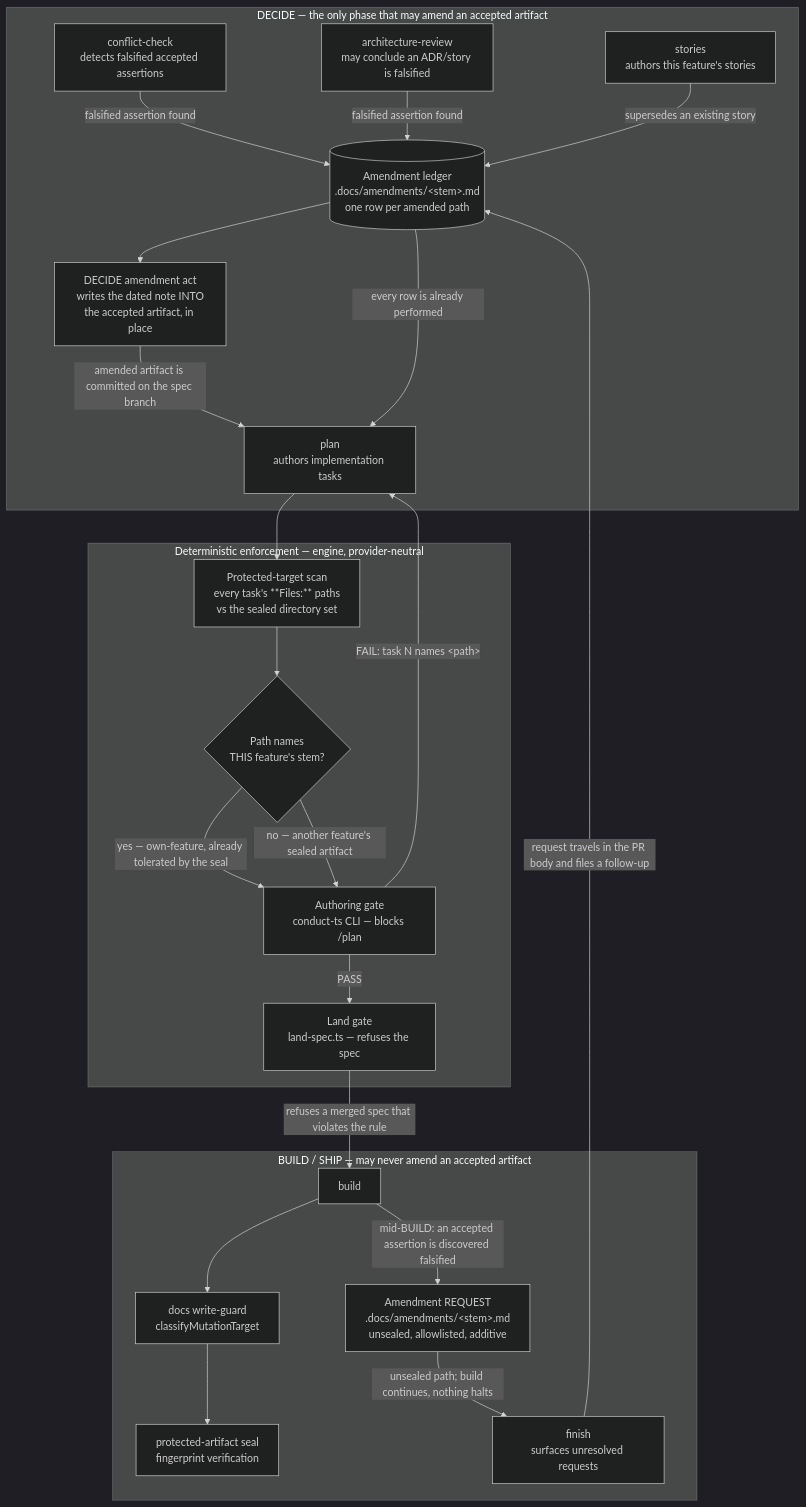
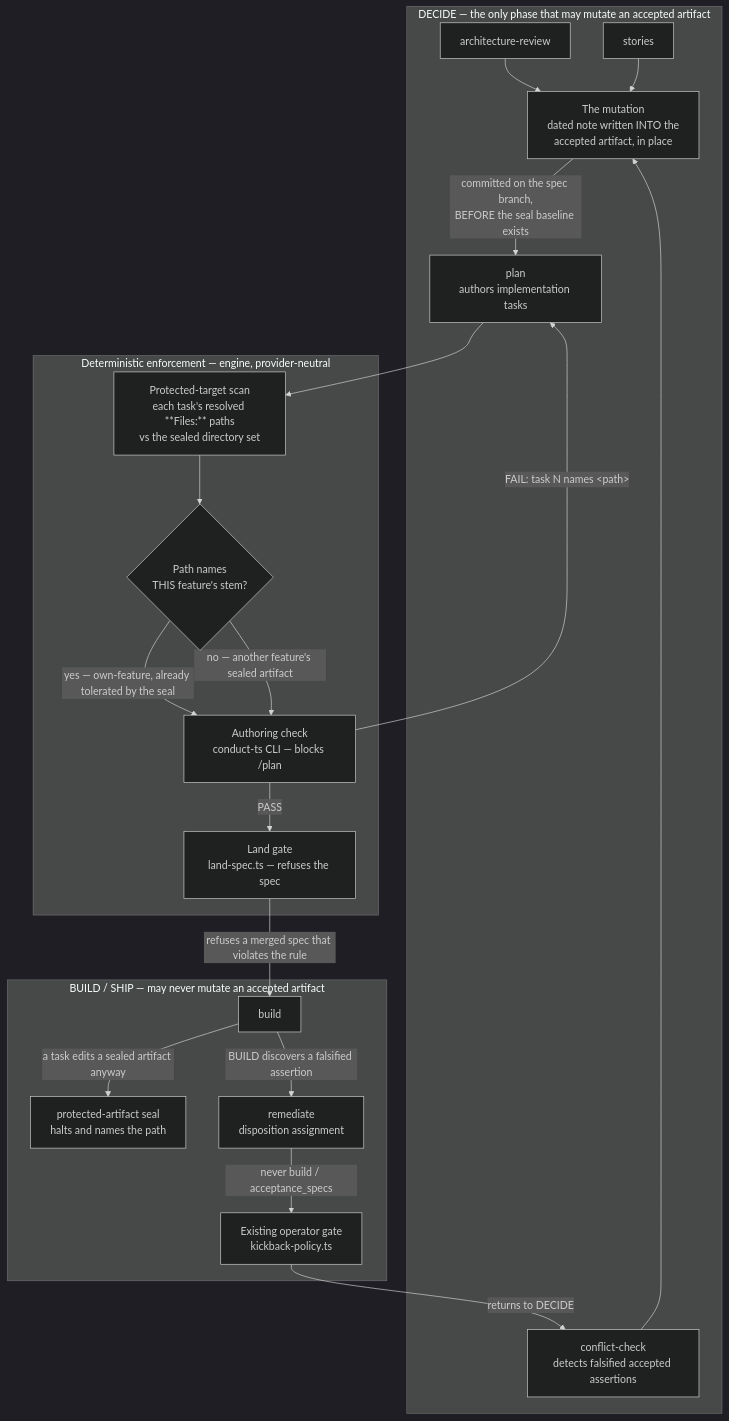
The diagram in .docs/architecture/build-tasks-can-amend-protected-docs-artifacts-ame.md (jstoup111/ai-conductor), drawn with Mermaid (dark theme) before and after one commit. The commit also changed other lines of this file and 6 other files, not shown here.

First line of the commit message:
spec: remove the BUILD-side bypass; DECIDE mutates accepted artifacts

````diff
--- a/.docs/architecture/build-tasks-can-amend-protected-docs-artifacts-ame.md
+++ b/.docs/architecture/build-tasks-can-amend-protected-docs-artifacts-ame.md
@@ -24,47 +26,42 @@
 ```mermaid
 graph TD
-    subgraph DECIDE["DECIDE — the only phase that may amend an accepted artifact"]
-        STORIES["stories<br/>authors this feature's stories"]
+    subgraph DECIDE["DECIDE — the only phase that may mutate an accepted artifact"]
+        STORIES["stories"]
         CONFLICT["conflict-check<br/>detects falsified accepted assertions"]
-        ARCHREV["architecture-review<br/>may conclude an ADR/story is falsified"]
-        LEDGER[("Amendment ledger<br/>.docs/amendments/&lt;stem&gt;.md<br/>one row per amended path")]
-        AMEND["DECIDE amendment act<br/>writes the dated note INTO<br/>the accepted artifact, in place"]
+        ARCHREV["architecture-review"]
+        MUTATE["The mutation<br/>dated note written INTO the<br/>accepted artifact, in place"]
         PLAN["plan<br/>authors implementation tasks"]
     end
 
     subgraph CHECK["Deterministic enforcement — engine, provider-neutral"]
-        SCAN["Protected-target scan<br/>every task's **Files:** paths<br/>vs the sealed directory set"]
+        SCAN["Protected-target scan<br/>each task's resolved **Files:** paths<br/>vs the sealed directory set"]
         OWN{"Path names<br/>THIS feature's stem?"}
+        AUTHGATE["Authoring check<br/>conduct-ts CLI — blocks /plan"]
         LANDGATE["Land gate<br/>land-spec.ts — refuses the spec"]
-        AUTHGATE["Authoring gate<br/>conduct-ts CLI — blocks /plan"]
     end
 
-    subgraph BUILD["BUILD / SHIP — may never amend an accepted artifact"]
+    subgraph BUILD["BUILD / SHIP — may never mutate an accepted artifact"]
         BUILDSTEP["build"]
-        SEAL["protected-artifact seal<br/>fingerprint verification"]
-        GUARD["docs write-guard<br/>classifyMutationTarget"]
-        REQUEST["Amendment REQUEST<br/>.docs/amendments/&lt;stem&gt;.md<br/>unsealed, allowlisted, additive"]
-        FINISH["finish<br/>surfaces unresolved requests"]
+        SEAL["protected-artifact seal<br/>halts and names the path"]
+        REMEDIATE["remediate<br/>disposition assignment"]
+        OPGATE["Existing operator gate<br/>kickback-policy.ts"]
     end
 
-    CONFLICT -- "falsified assertion found" --> LEDGER
-    ARCHREV -- "falsified assertion found" --> LEDGER
-    STORIES -- "supersedes an existing story" --> LEDGER
-    LEDGER --> AMEND
-    AMEND -- "amended artifact is committed on the spec branch" --> PLAN
-    LEDGER -- "every row is already performed" --> PLAN
+    CONFLICT --> MUTATE
+    ARCHREV --> MUTATE
+    STORIES --> MUTATE
+    MUTATE -- "committed on the spec branch,<br/>BEFORE the seal baseline exists" --> PLAN
 
     PLAN --> SCAN
     SCAN --> OWN
     OWN -- "yes — own-feature, already tolerated by the seal" --> AUTHGATE
     OWN -- "no — another feature's sealed artifact" --> AUTHGATE
     AUTHGATE -- "FAIL: task N names &lt;path&gt;" --> PLAN
     AUTHGATE -- "PASS" --> LANDGATE
     LANDGATE -- "refuses a merged spec that violates the rule" --> BUILDSTEP
 
-    BUILDSTEP --> GUARD
-    GUARD --> SEAL
-    BUILDSTEP -- "mid-BUILD: an accepted assertion is discovered falsified" --> REQUEST
-    REQUEST -- "unsealed path; build continues, nothing halts" --> FINISH
-    FINISH -- "request travels in the PR body and files a follow-up" --> LEDGER
+    BUILDSTEP -- "a task edits a sealed artifact anyway" --> SEAL
+    BUILDSTEP -- "BUILD discovers a falsified assertion" --> REMEDIATE
+    REMEDIATE -- "never build / acceptance_specs" --> OPGATE
+    OPGATE -- "returns to DECIDE" --> CONFLICT
 ```
````
